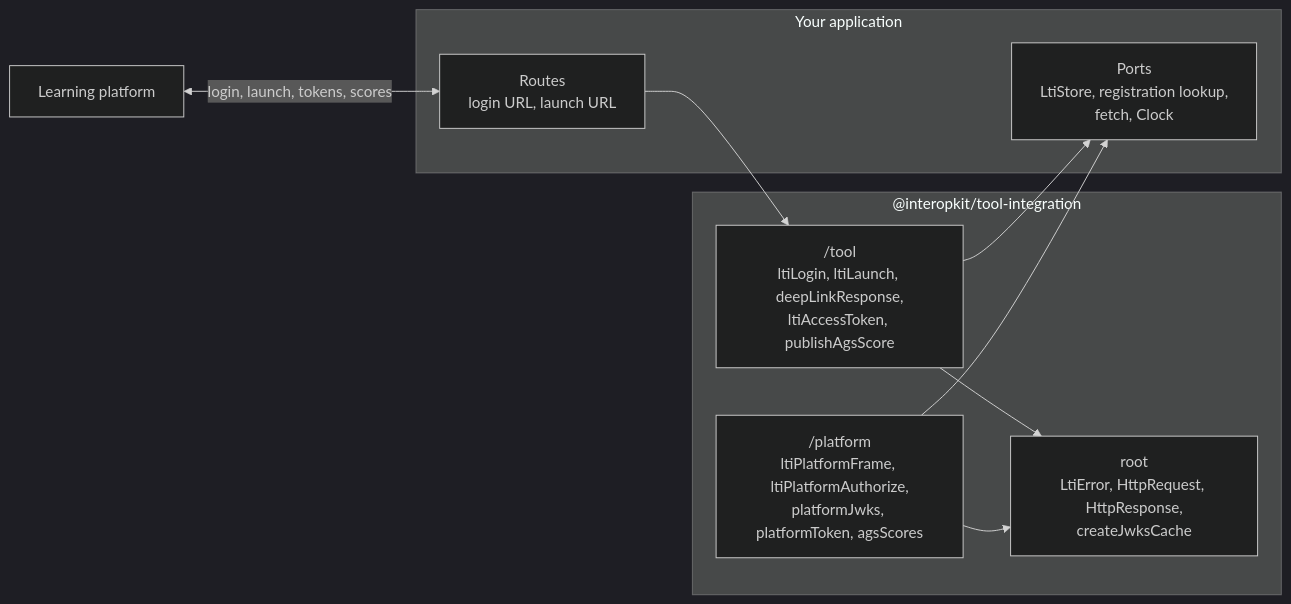
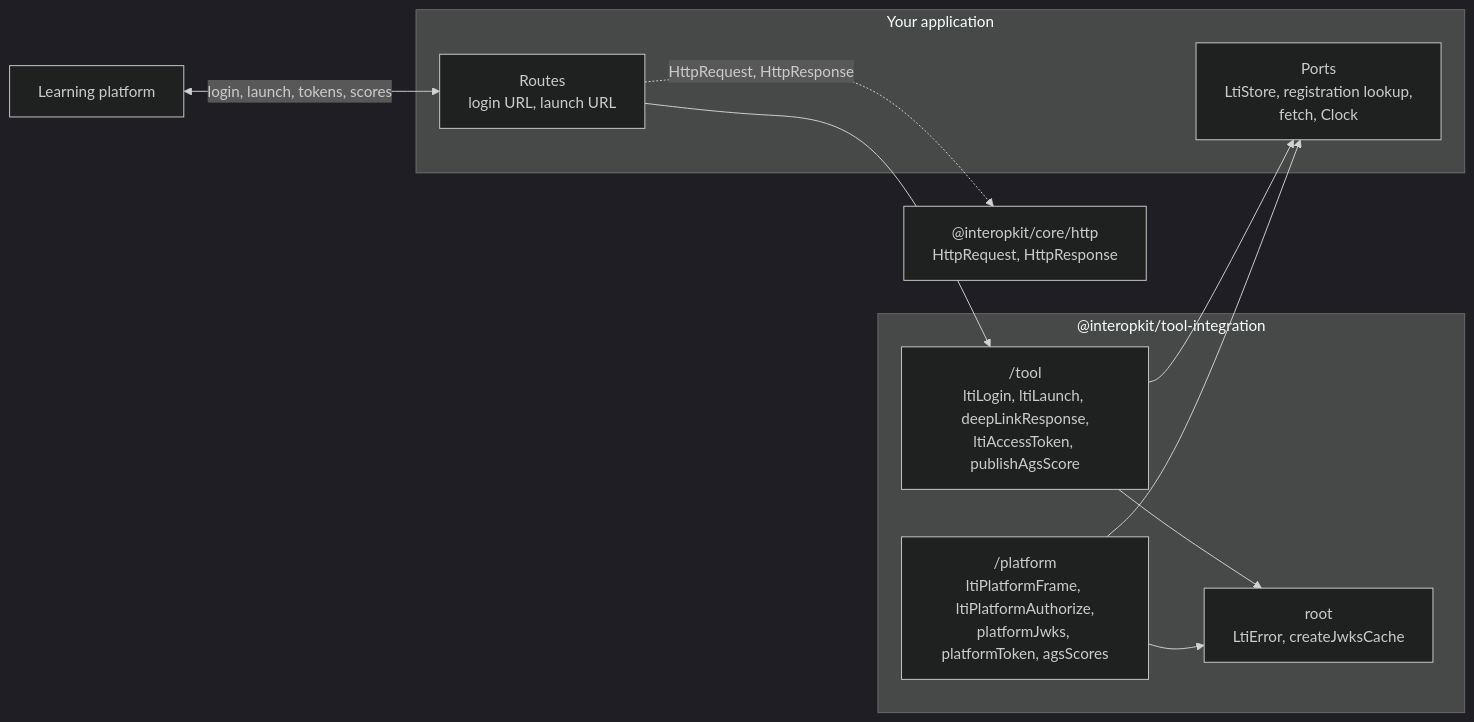
The diagram in packages/tool-integration/README.md (interopkit/interopkit), drawn with Mermaid (dark theme) before and after one commit. The commit also changed other lines of this file and 70 other files, not shown here.

First line of the commit message:
Move request and answer handling into core/http and read request bodies as bytes

````diff
--- a/packages/tool-integration/README.md
+++ b/packages/tool-integration/README.md
@@ -11,19 +11,21 @@
 ```mermaid
 flowchart LR
   platform["Learning platform"]
   subgraph host["Your application"]
     routes["Routes<br/>login URL, launch URL"]
     ports["Ports<br/>LtiStore, registration lookup,<br/>fetch, Clock"]
   end
   subgraph pkg["@interopkit/tool-integration"]
     tool["/tool<br/>ltiLogin, ltiLaunch, deepLinkResponse,<br/>ltiAccessToken, publishAgsScore"]
     platformRole["/platform<br/>ltiPlatformFrame, ltiPlatformAuthorize,<br/>platformJwks, platformToken, agsScores"]
-    root["root<br/>LtiError, HttpRequest, HttpResponse,<br/>createJwksCache"]
+    root["root<br/>LtiError, createJwksCache"]
   end
+  http["@interopkit/core/http<br/>HttpRequest, HttpResponse"]
   platform <-->|"login, launch, tokens, scores"| routes
   routes --> tool
+  routes -.->|"HttpRequest, HttpResponse"| http
   tool --> ports
   platformRole --> ports
   tool --> root
   platformRole --> root
 ```
````
